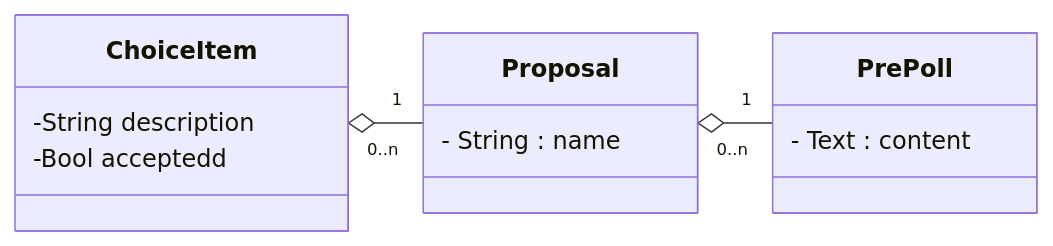
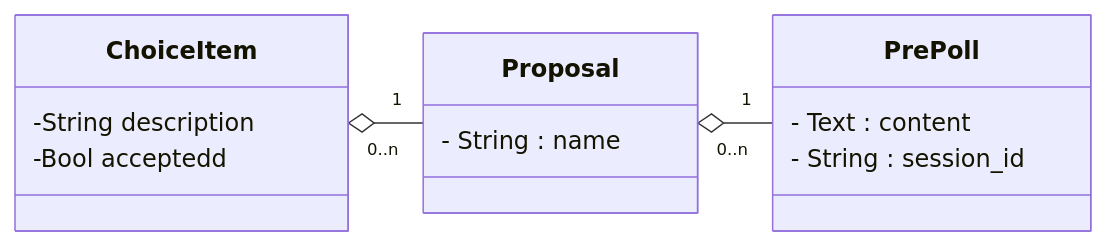
The diagram in propsal.md (ykominami/touhyosan), drawn with Mermaid before and after one commit.

````diff
--- a/propsal.md
+++ b/propsal.md
@@ -3,17 +3,18 @@
 ```mermaid
 classDiagram
   direction RL
   class PrePoll {
     - Text : content
+    - String : session_id
   }
   class Proposal {
     - String : name
   }
   class ChoiceItem {
     -String description
     -Bool acceptedd
   }
   Proposal "1" --o "0..n" ChoiceItem 
   PrePoll "1" --o "0..n" Proposal 
 
 ```
````
